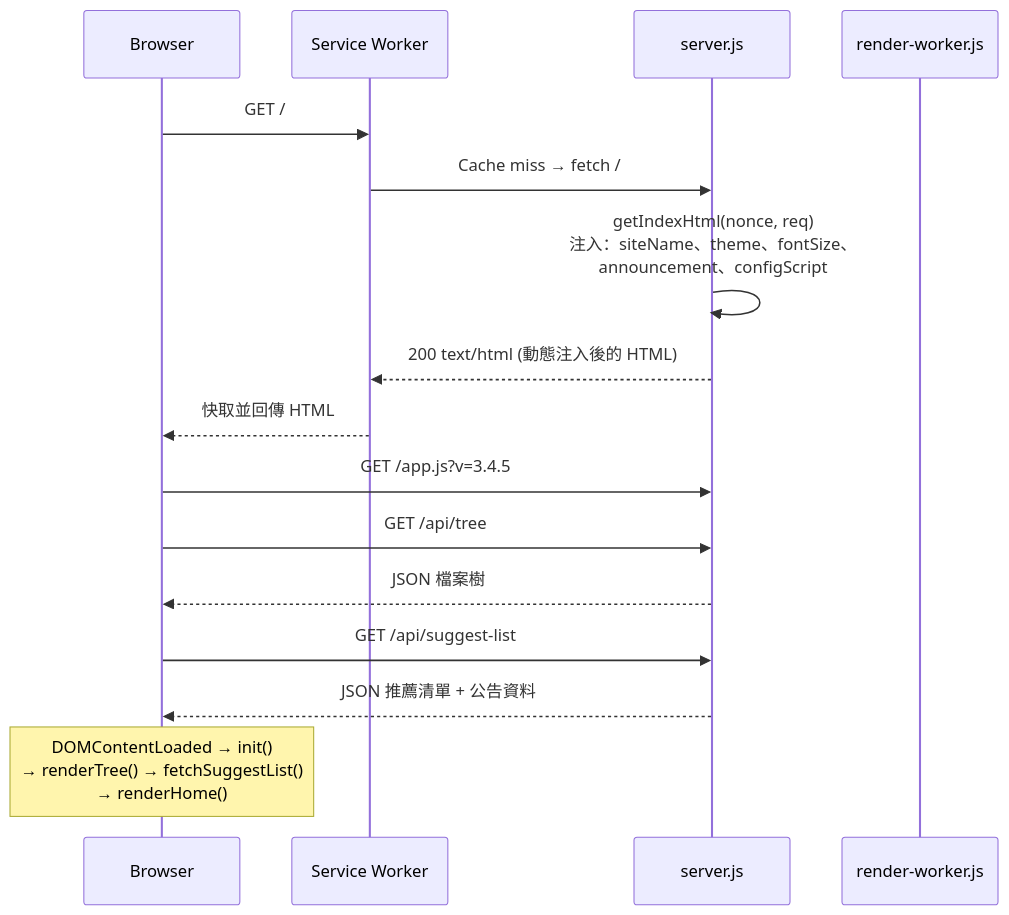
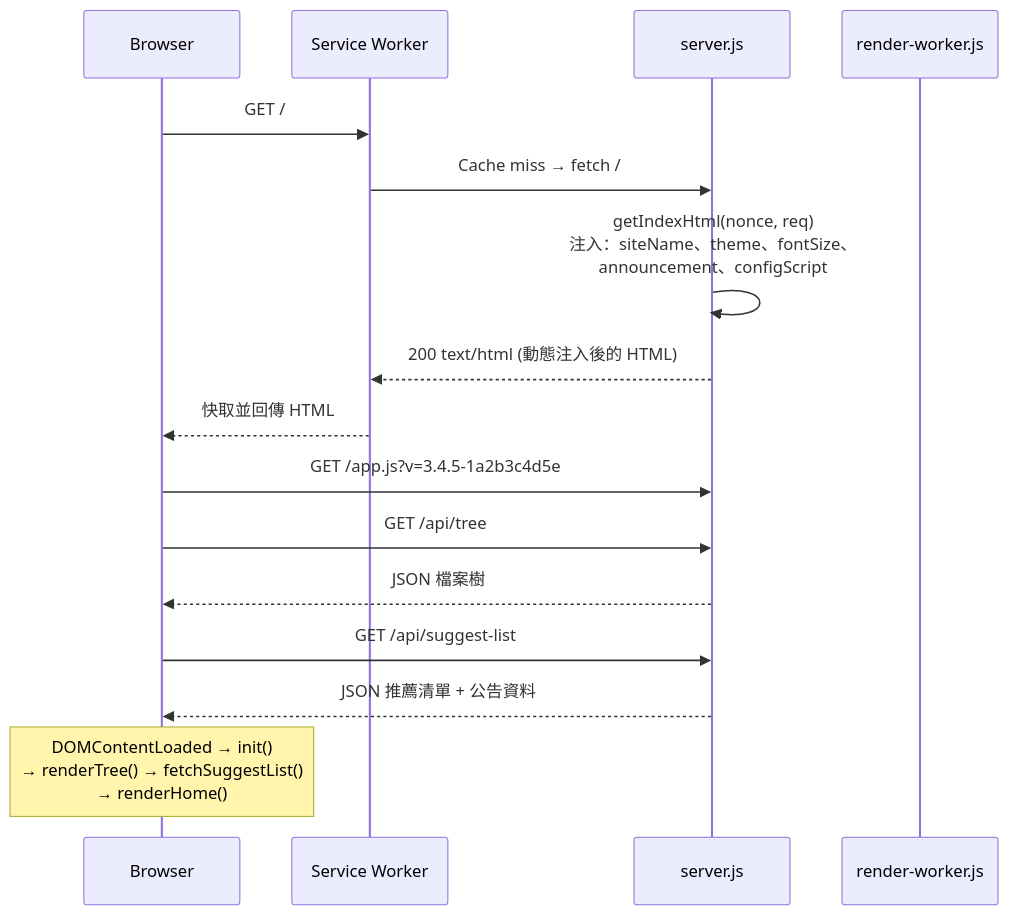
One commit to jmedzen/mdWebview changed the fourth of 13 diagrams in ARCHITECTURE.md. Above: the diagram before and after it, drawn with Mermaid. The commit also changed other lines of this file and 9 other files, not shown here.

````diff
--- a/ARCHITECTURE.md
+++ b/ARCHITECTURE.md
@@ -226,19 +226,19 @@
 ```mermaid
 sequenceDiagram
     participant B as Browser
     participant SW as Service Worker
     participant S as server.js
     participant W as render-worker.js
 
     B->>SW: GET /
     SW->>S: Cache miss → fetch /
     S->>S: getIndexHtml(nonce, req)<br/>注入：siteName、theme、fontSize、<br/>announcement、configScript
     S-->>SW: 200 text/html (動態注入後的 HTML)
     SW-->>B: 快取並回傳 HTML
-    B->>S: GET /app.js?v=3.4.5
+    B->>S: GET /app.js?v=3.4.5-1a2b3c4d5e
     B->>S: GET /api/tree
     S-->>B: JSON 檔案樹
     B->>S: GET /api/suggest-list
     S-->>B: JSON 推薦清單 + 公告資料
     Note over B: DOMContentLoaded → init()<br/>→ renderTree() → fetchSuggestList()<br/>→ renderHome()
 ```
````
